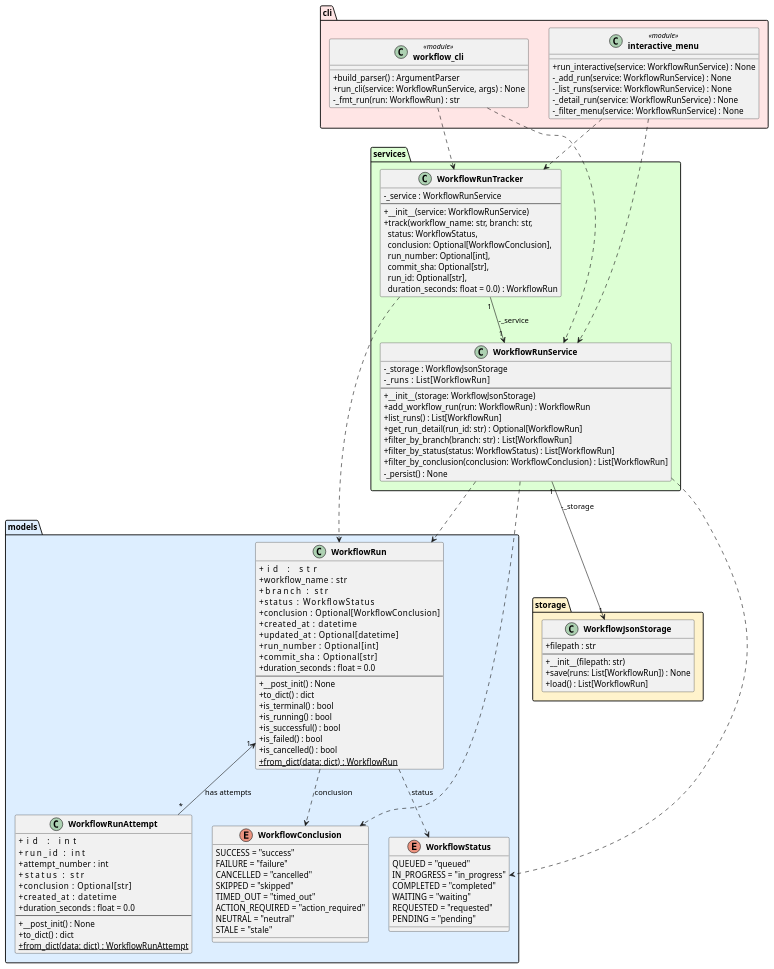
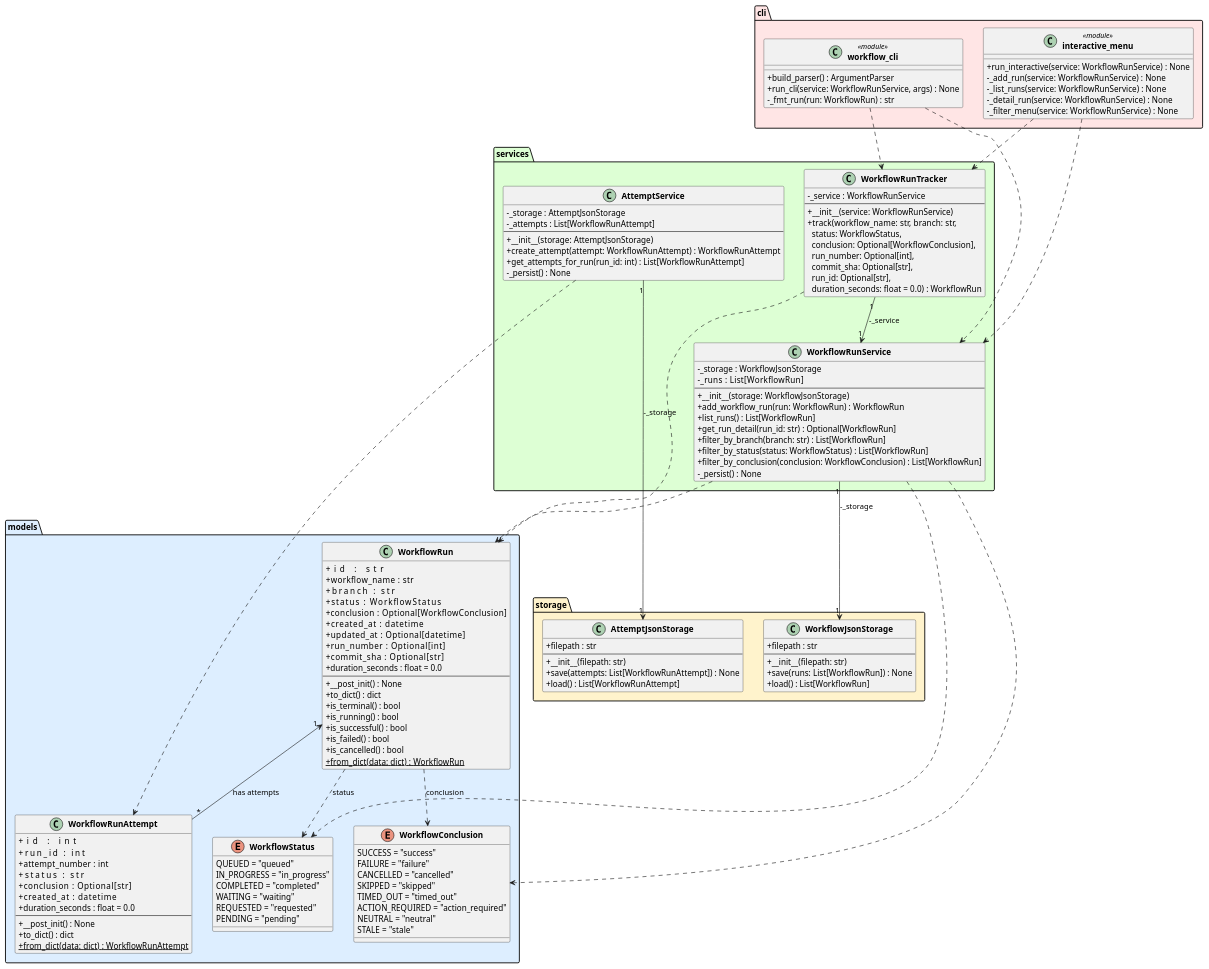
One commit to DanielRiha8906/Software_autoevolution_using_agents changed the diagram in experiments/broadcast/user_stories/github-workflow-manager/artifacts/class_diagram.puml. Above: the diagram before and after it, drawn with PlantUML. The commit also changed 1 other file, not shown here.

Commit message:
Complete task 04: Implement AttemptService for attempt management
- Created AttemptService class managing WorkflowRunAttempt objects
- Created AttemptJsonStorage for JSON persistence in artifacts/workflow_attempts.json
- Implemented create_attempt() with duplicate prevention via (run_id, attempt_number)
- Implemented get_attempts_for_run() with sorting by attempt_number
- Added comprehensive test suite (23 tests) - all 73 tests passing
- Updated class_diagram.puml to show new service and storage classes
- Updated progress.md with broadcast architecture evaluation results

All acceptance criteria met:
✓ AttemptService creation and retrieval methods
✓ Integration with existing storage mechanism
✓ Duplicate prevention for (run_id, attempt_number) tuples
✓ Sorting by attempt_number (bonus)
✓ No caching layer added

```diff
--- a/experiments/broadcast/user_stories/github-workflow-manager/artifacts/class_diagram.puml
+++ b/experiments/broadcast/user_stories/github-workflow-manager/artifacts/class_diagram.puml
@@ -1,127 +1,147 @@
 @startuml class_diagram
 
 skinparam classAttributeIconSize 0
 skinparam classFontStyle bold
 
 package "models" #DDEEFF {
     enum WorkflowStatus {
         QUEUED = "queued"
         IN_PROGRESS = "in_progress"
         COMPLETED = "completed"
         WAITING = "waiting"
         REQUESTED = "requested"
         PENDING = "pending"
     }
 
     enum WorkflowConclusion {
         SUCCESS = "success"
         FAILURE = "failure"
         CANCELLED = "cancelled"
         SKIPPED = "skipped"
         TIMED_OUT = "timed_out"
         ACTION_REQUIRED = "action_required"
         NEUTRAL = "neutral"
         STALE = "stale"
     }
 
     class WorkflowRun {
         +id               : str
         +workflow_name    : str
         +branch           : str
         +status           : WorkflowStatus
         +conclusion       : Optional[WorkflowConclusion]
         +created_at       : datetime
         +updated_at       : Optional[datetime]
         +run_number       : Optional[int]
         +commit_sha       : Optional[str]
         +duration_seconds : float = 0.0
         --
         +__post_init() : None
         +to_dict() : dict
         +is_terminal() : bool
         +is_running() : bool
         +is_successful() : bool
         +is_failed() : bool
         +is_cancelled() : bool
         +{static} from_dict(data: dict) : WorkflowRun
     }
 
     class WorkflowRunAttempt {
         +id               : int
         +run_id           : int
         +attempt_number   : int
         +status           : str
         +conclusion       : Optional[str]
         +created_at       : datetime
         +duration_seconds : float = 0.0
         --
         +__post_init() : None
         +to_dict() : dict
         +{static} from_dict(data: dict) : WorkflowRunAttempt
     }
 }
 
 package "storage" #FFF3CC {
     class WorkflowJsonStorage {
         +filepath : str
         --
         +__init__(filepath: str)
         +save(runs: List[WorkflowRun]) : None
         +load() : List[WorkflowRun]
     }
+
+    class AttemptJsonStorage {
+        +filepath : str
+        --
+        +__init__(filepath: str)
+        +save(attempts: List[WorkflowRunAttempt]) : None
+        +load() : List[WorkflowRunAttempt]
+    }
 }
 
 package "services" #DDFFD4 {
     class WorkflowRunService {
         -_storage : WorkflowJsonStorage
         -_runs    : List[WorkflowRun]
         --
         +__init__(storage: WorkflowJsonStorage)
         +add_workflow_run(run: WorkflowRun) : WorkflowRun
         +list_runs() : List[WorkflowRun]
         +get_run_detail(run_id: str) : Optional[WorkflowRun]
         +filter_by_branch(branch: str) : List[WorkflowRun]
         +filter_by_status(status: WorkflowStatus) : List[WorkflowRun]
         +filter_by_conclusion(conclusion: WorkflowConclusion) : List[WorkflowRun]
         -_persist() : None
     }
 
     class WorkflowRunTracker {
         -_service : WorkflowRunService
         --
         +__init__(service: WorkflowRunService)
         +track(workflow_name: str, branch: str,\n  status: WorkflowStatus,\n  conclusion: Optional[WorkflowConclusion],\n  run_number: Optional[int],\n  commit_sha: Optional[str],\n  run_id: Optional[str],\n  duration_seconds: float = 0.0) : WorkflowRun
+    }
+
+    class AttemptService {
+        -_storage : AttemptJsonStorage
+        -_attempts : List[WorkflowRunAttempt]
+        --
+        +__init__(storage: AttemptJsonStorage)
+        +create_attempt(attempt: WorkflowRunAttempt) : WorkflowRunAttempt
+        +get_attempts_for_run(run_id: int) : List[WorkflowRunAttempt]
+        -_persist() : None
     }
 }
 
 package "cli" #FFE5E5 {
     class "workflow_cli" <<module>> {
         +build_parser() : ArgumentParser
         +run_cli(service: WorkflowRunService, args) : None
         -_fmt_run(run: WorkflowRun) : str
     }
 
     class "interactive_menu" <<module>> {
         +run_interactive(service: WorkflowRunService) : None
         -_add_run(service: WorkflowRunService) : None
         -_list_runs(service: WorkflowRunService) : None
         -_detail_run(service: WorkflowRunService) : None
         -_filter_menu(service: WorkflowRunService) : None
     }
 }
 
 WorkflowRun                ..>  WorkflowStatus        : status
 WorkflowRun                ..>  WorkflowConclusion    : conclusion
 WorkflowRun           "1" <-- "*" WorkflowRunAttempt   : has attempts
 WorkflowRunService    "1" --> "1" WorkflowJsonStorage : -_storage
 WorkflowRunService         ..>  WorkflowRun
 WorkflowRunService         ..>  WorkflowStatus
 WorkflowRunService         ..>  WorkflowConclusion
 WorkflowRunTracker    "1" --> "1" WorkflowRunService  : -_service
 WorkflowRunTracker         ..>  WorkflowRun
+AttemptService       "1" --> "1" AttemptJsonStorage  : -_storage
+AttemptService            ..>  WorkflowRunAttempt
 "workflow_cli"             ..>  WorkflowRunService
 "workflow_cli"             ..>  WorkflowRunTracker
 "interactive_menu"         ..>  WorkflowRunService
 "interactive_menu"         ..>  WorkflowRunTracker
 
 @enduml
```
